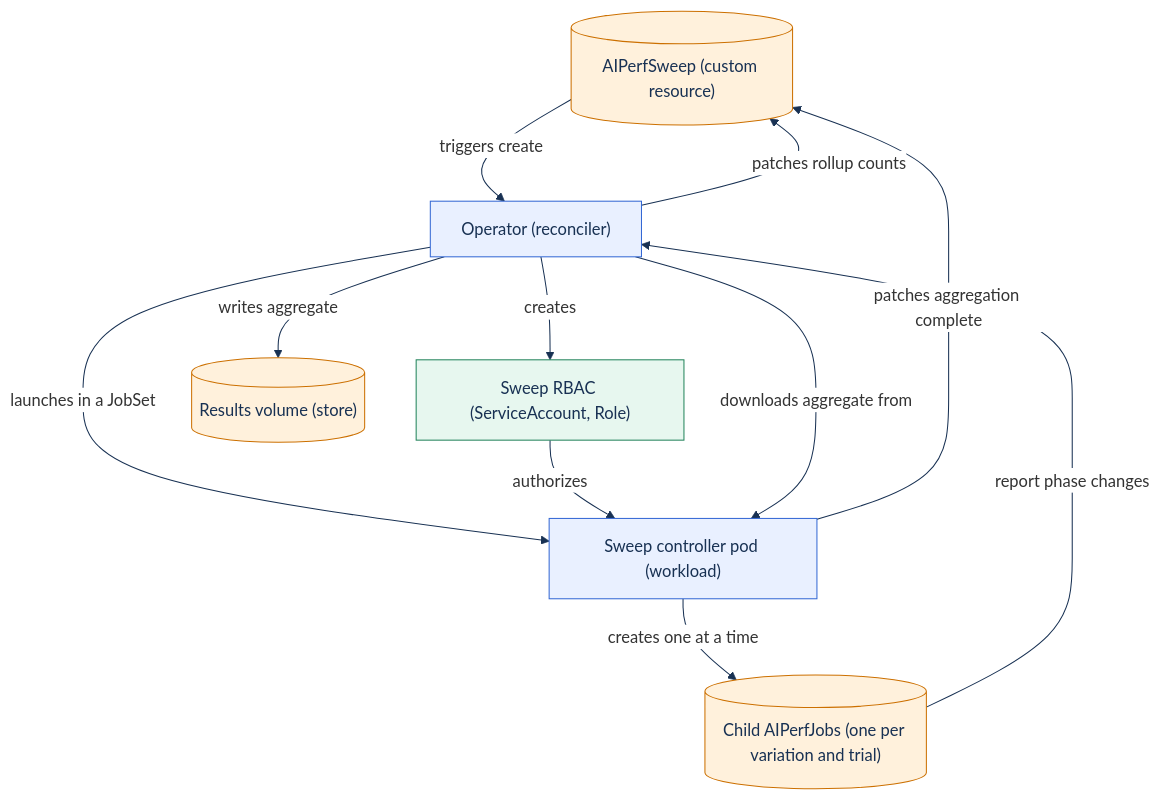
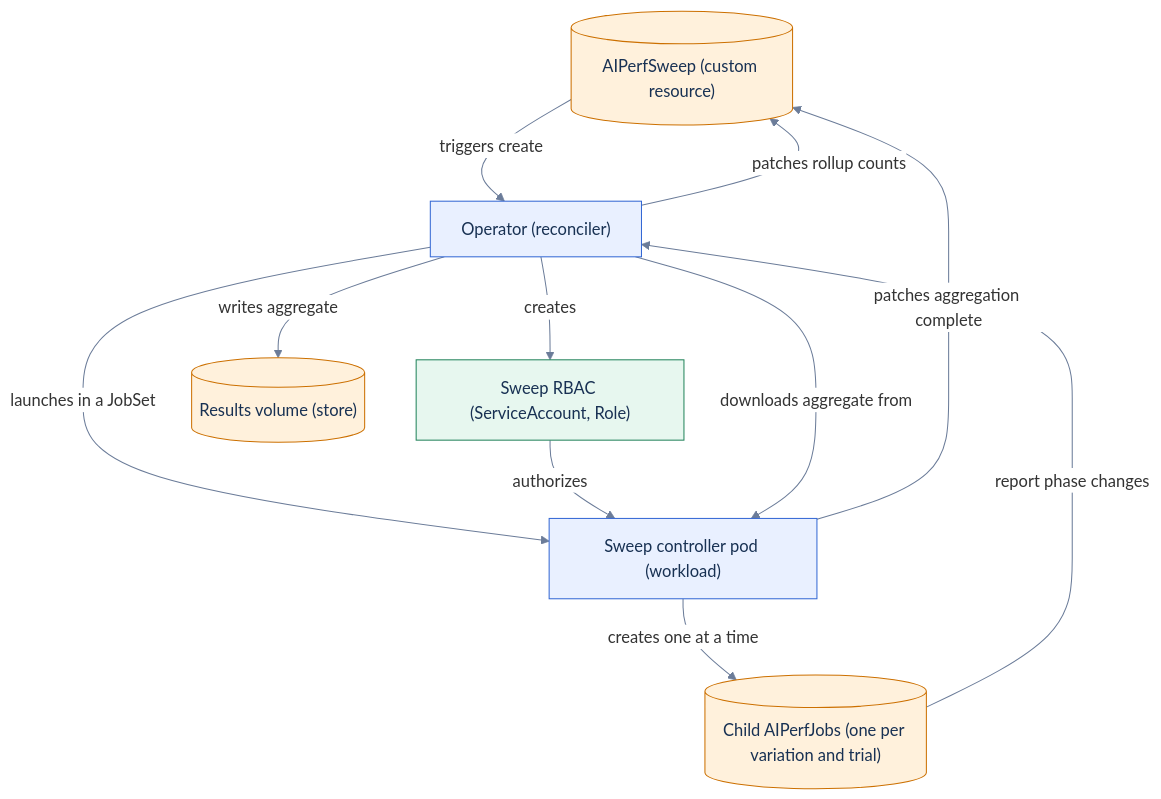
The eighth of 8 diagrams in docs/kubernetes/operator.md (ai-dynamo/aiperf), drawn with Mermaid before and after one commit. The commit also changed other lines of this file, not shown here.

First line of the commit message:
docs(kubernetes): make operator diagrams readable in GitHub dark mode

````diff
--- a/docs/kubernetes/operator.md
+++ b/docs/kubernetes/operator.md
@@ -971,36 +1017,42 @@
 ```mermaid
 ---
 config:
   theme: base
   look: classic
   themeVariables:
-    lineColor: '#183153'
+    lineColor: '#6B7C99'
     nodeTextColor: '#183153'
     edgeLabelBackground: '#FFFFFF'
+    textColor: '#183153'
+    clusterBorder: '#6B7C99'
+    transitionColor: '#6B7C99'
+    transitionLabelColor: '#183153'
+    labelBackgroundColor: '#FFFFFF'
+    specialStateColor: '#6B7C99'
     clusterBkg: '#FFFFFF'
     titleColor: '#183153'
     fontFamily: 'Arial, Helvetica, sans-serif'
 ---
 flowchart TB
   accTitle: Ownership flowchart for an AIPerfSweep
   accDescr: The operator launches a sweep controller that creates child AIPerfJobs one at a time. The operator rolls child phases up into the sweep and harvests the aggregate.
   classDef src fill:#E7F7EF,stroke:#23845B,color:#183153
   classDef stage fill:#E9F0FF,stroke:#3468D4,color:#183153
   classDef store fill:#FFF1DC,stroke:#CC7000,color:#183153
   sw[("AIPerfSweep (custom resource)")]:::store
   op["Operator (reconciler)"]:::stage
   rbac["Sweep RBAC (ServiceAccount, Role)"]:::src
   sc["Sweep controller pod (workload)"]:::stage
   ch[("Child AIPerfJobs (one per variation and trial)")]:::store
   vol[("Results volume (store)")]:::store
   sw -->|triggers create| op
   op -->|creates| rbac
   op -->|launches in a JobSet| sc
   rbac -->|authorizes| sc
   sc -->|creates one at a time| ch
   ch -->|report phase changes| op
   op -->|patches rollup counts| sw
   sc -->|patches aggregation complete| sw
   op -->|downloads aggregate from| sc
   op -->|writes aggregate| vol
 ```
````
